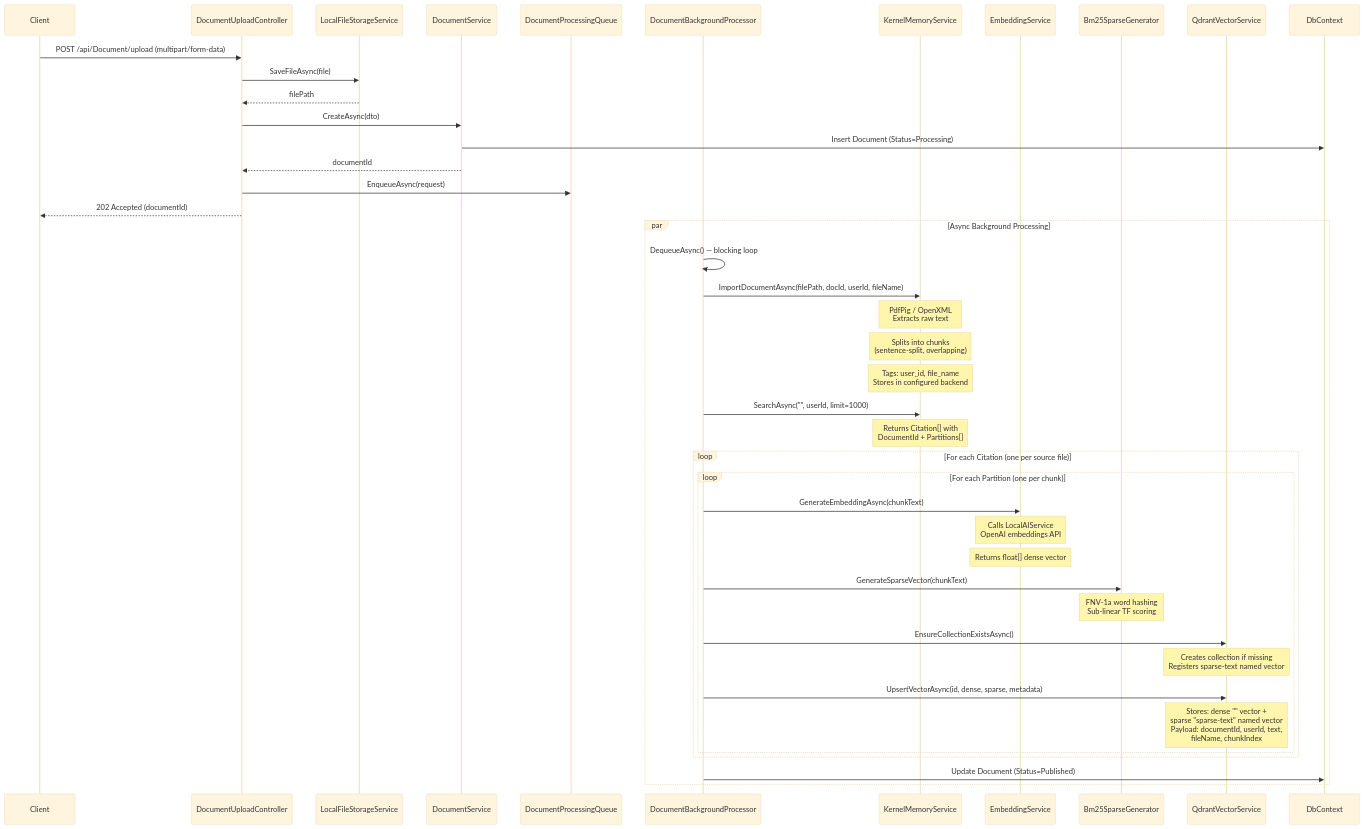
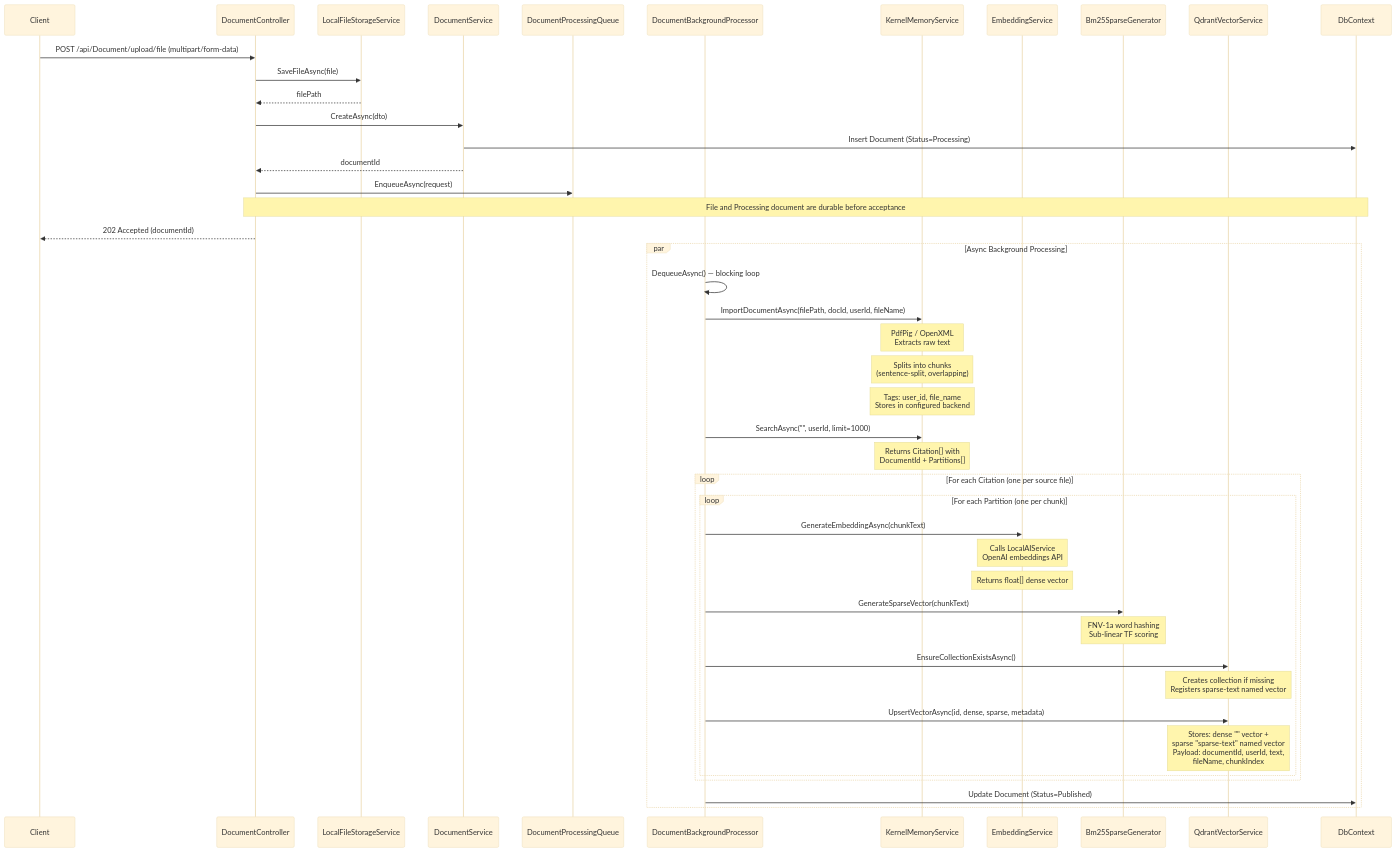
The third of 9 diagrams in ARCHITECTURE.md (SWP391-SU26-SE1923-GROUP5/BE-SWP), drawn with Mermaid (base theme) before and after one commit. The commit also changed other lines of this file and 3 other files, not shown here.

````diff
--- a/ARCHITECTURE.md
+++ b/ARCHITECTURE.md
@@ -490,56 +490,57 @@
 ```mermaid
 sequenceDiagram
     participant Client
-    participant Controller as DocumentUploadController
+    participant Controller as DocumentController
     participant Storage as LocalFileStorageService
     participant DocSvc as DocumentService
     participant Queue as DocumentProcessingQueue
     participant Processor as DocumentBackgroundProcessor
     participant KM as KernelMemoryService
     participant EmbedSvc as EmbeddingService
     participant SparseGen as Bm25SparseGenerator
     participant Qdrant as QdrantVectorService
     participant DB as DbContext
 
-    Client->>Controller: POST /api/Document/upload (multipart/form-data)
+    Client->>Controller: POST /api/Document/upload/file (multipart/form-data)
     Controller->>Storage: SaveFileAsync(file)
     Storage-->>Controller: filePath
 
     Controller->>DocSvc: CreateAsync(dto)
     DocSvc->>DB: Insert Document (Status=Processing)
     DocSvc-->>Controller: documentId
 
     Controller->>Queue: EnqueueAsync(request)
+    Note over Controller,DB: File and Processing document are durable before acceptance
     Controller-->>Client: 202 Accepted (documentId)
 
     par Async Background Processing
         Processor->>Processor: DequeueAsync() — blocking loop
 
         Processor->>KM: ImportDocumentAsync(filePath, docId, userId, fileName)
         Note over KM: PdfPig / OpenXML<br/>Extracts raw text
         Note over KM: Splits into chunks<br/>(sentence-split, overlapping)
         Note over KM: Tags: user_id, file_name<br/>Stores in configured backend
 
         Processor->>KM: SearchAsync("", userId, limit=1000)
         Note over KM: Returns Citation[] with<br/>DocumentId + Partitions[]
 
         loop For each Citation (one per source file)
             loop For each Partition (one per chunk)
                 Processor->>EmbedSvc: GenerateEmbeddingAsync(chunkText)
                 Note over EmbedSvc: Calls LocalAIService<br/>OpenAI embeddings API
                 Note over EmbedSvc: Returns float[] dense vector
 
                 Processor->>SparseGen: GenerateSparseVector(chunkText)
                 Note over SparseGen: FNV-1a word hashing<br/>Sub-linear TF scoring
 
                 Processor->>Qdrant: EnsureCollectionExistsAsync()
                 Note over Qdrant: Creates collection if missing<br/>Registers sparse-text named vector
 
                 Processor->>Qdrant: UpsertVectorAsync(id, dense, sparse, metadata)
                 Note over Qdrant: Stores: dense "" vector +<br/>sparse "sparse-text" named vector<br/>Payload: documentId, userId, text,<br/>fileName, chunkIndex
             end
         end
 
         Processor->>DB: Update Document (Status=Published)
     end
 ```
````
